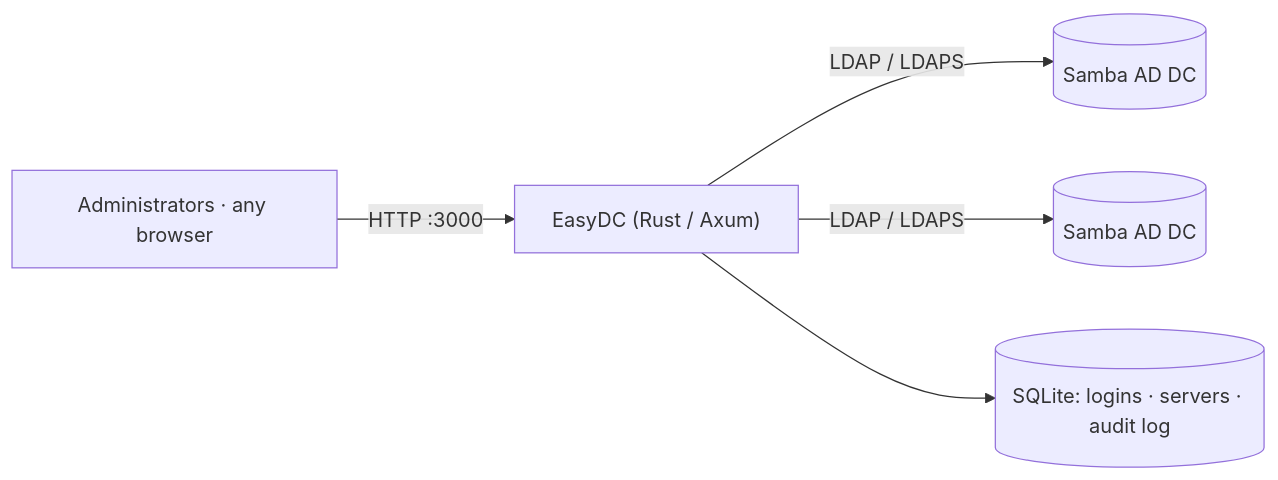
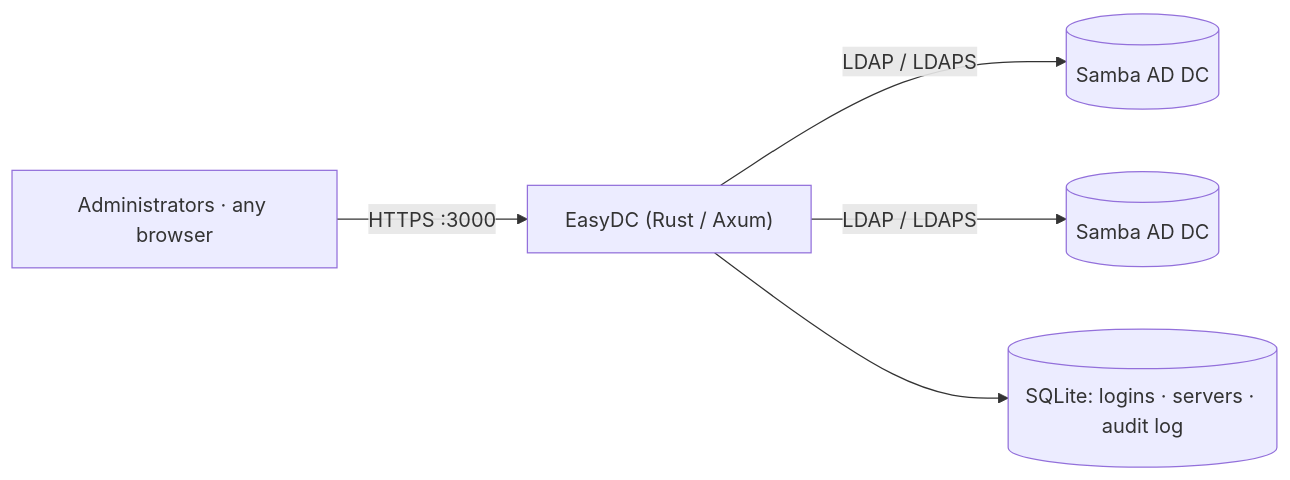
One commit to easysysio/EasyDC changed the diagram in docs/reference.md. Above: the diagram before and after it, drawn with Mermaid. The commit also changed other lines of this file and 18 other files, not shown here.

First line of the commit message:
feat(tls): HTTPS on port 3000, with plain HTTP redirected

````diff
--- a/docs/reference.md
+++ b/docs/reference.md
@@ -5,7 +5,7 @@
 ```mermaid
 graph LR
-    A["Administrators · any browser"] -->|"HTTP :3000"| B["EasyDC (Rust / Axum)"]
+    A["Administrators · any browser"] -->|"HTTPS :3000"| B["EasyDC (Rust / Axum)"]
     B -->|"LDAP / LDAPS"| C[("Samba AD DC")]
     B -->|"LDAP / LDAPS"| D[("Samba AD DC")]
     B --> E[("SQLite: logins · servers · audit log")]
 ```
````
